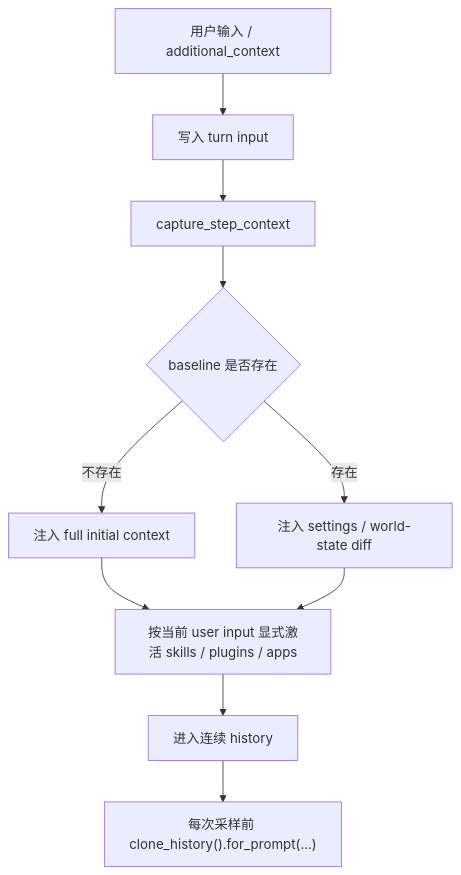
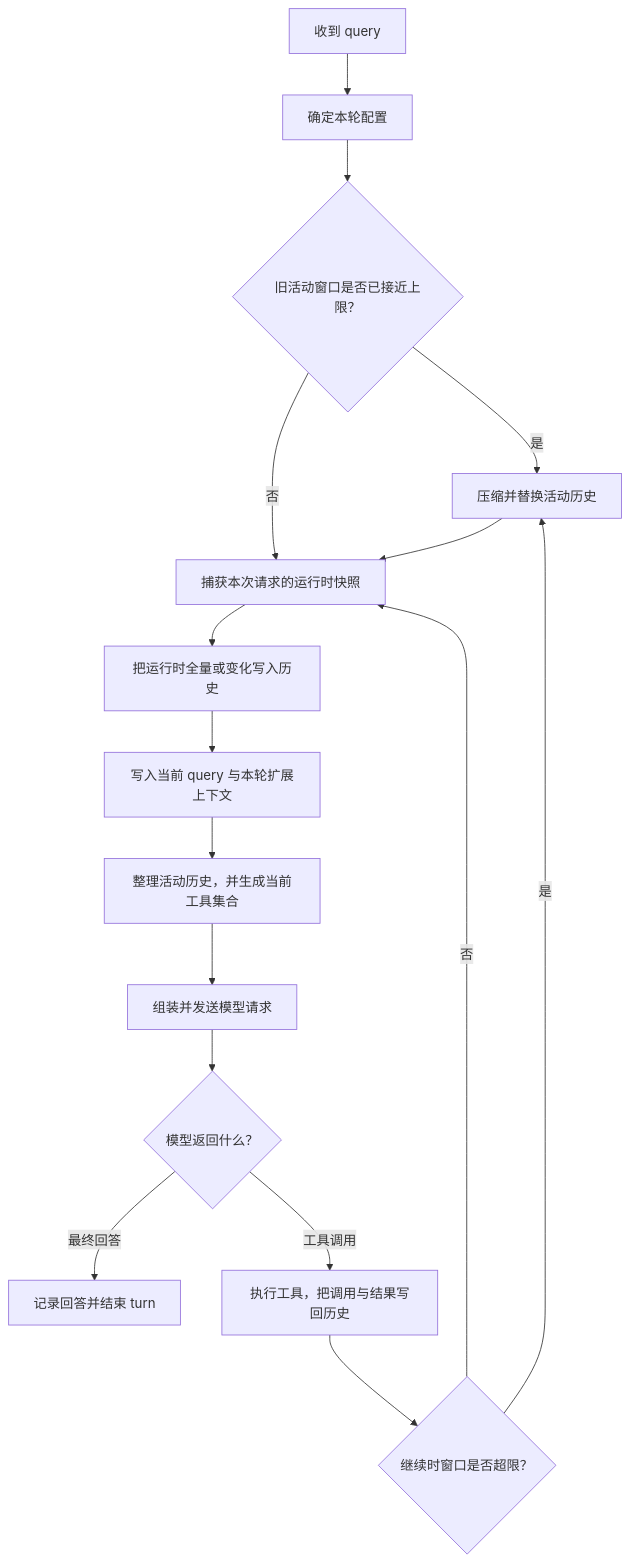
The diagram in website/docs/qa/context-collection.mdx (luochang212/codex-notebook), drawn with Mermaid before and after one commit. The commit also changed other lines of this file and 9 other files, not shown here.

````diff
--- a/website/docs/qa/context-collection.mdx
+++ b/website/docs/qa/context-collection.mdx
@@ -20,12 +27,18 @@
 ```mermaid
 flowchart TD
-  A["用户输入 / additional_context"] --> B["写入 turn input"]
-  B --> C["capture_step_context"]
-  C --> D{"baseline 是否存在"}
-  D -->|不存在| E["注入 full initial context"]
-  D -->|存在| F["注入 settings / world-state diff"]
-  E --> G["按当前 user input 显式激活 skills / plugins / apps"]
-  F --> G
-  G --> H["进入连续 history"]
-  H --> I["每次采样前 clone_history().for_prompt(...)"]
+  A["收到 query"] --> B["确定本轮配置"]
+  B --> C{"旧活动窗口是否已接近上限？"}
+  C -->|是| D["压缩并替换活动历史"]
+  C -->|否| E["捕获本次请求的运行时快照"]
+  D --> E
+  E --> F["把运行时全量或变化写入历史"]
+  F --> G["写入当前 query 与本轮扩展上下文"]
+  G --> H["整理活动历史，并生成当前工具集合"]
+  H --> I["组装并发送模型请求"]
+  I --> J{"模型返回什么？"}
+  J -->|最终回答| K["记录回答并结束 turn"]
+  J -->|工具调用| L["执行工具，把调用与结果写回历史"]
+  L --> M{"继续时窗口是否超限？"}
+  M -->|否| E
+  M -->|是| D
 ```
````
